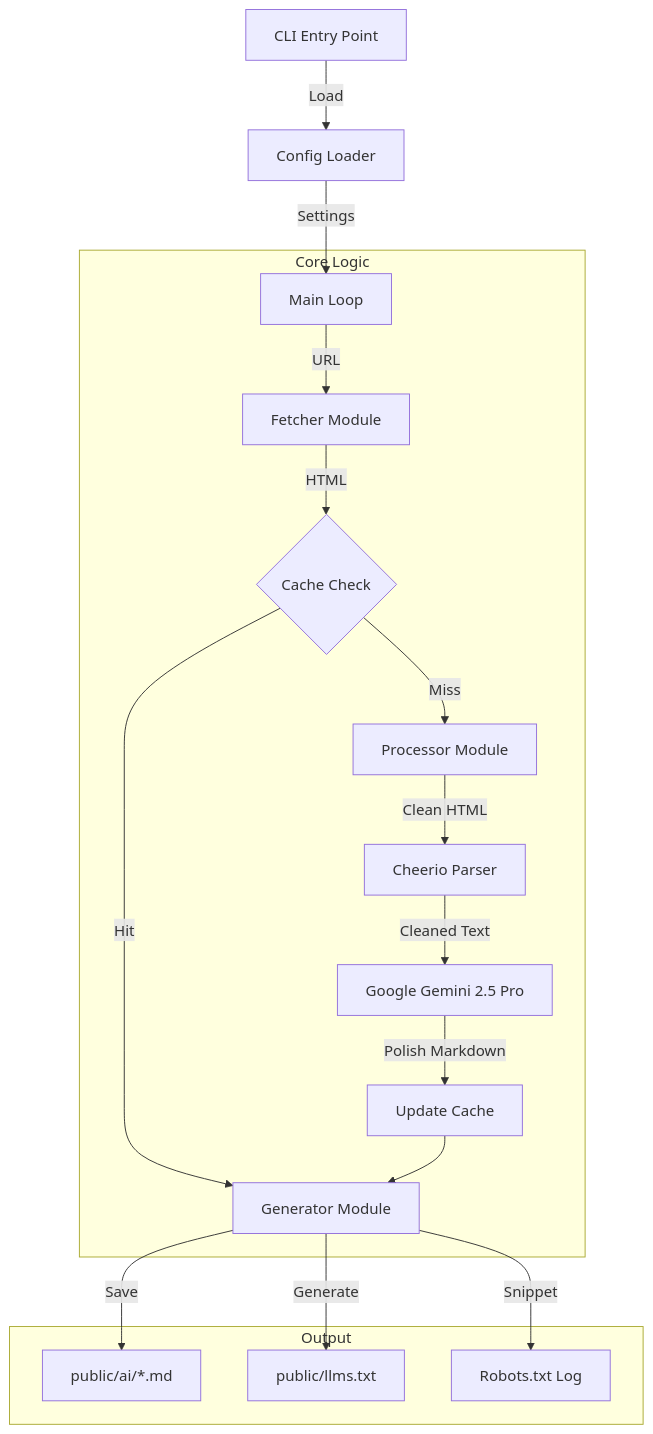
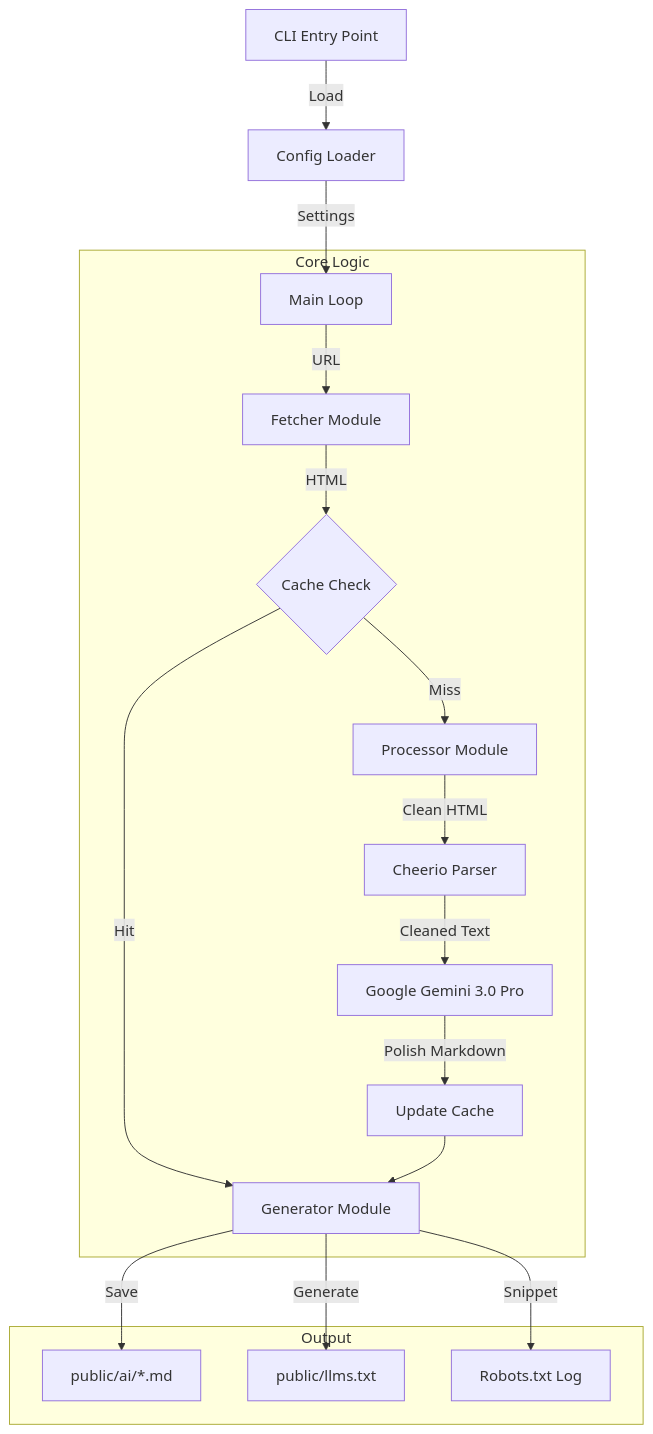
The diagram in README.md (e-vicius/ai-agent-friendly-sdk), drawn with Mermaid before and after one commit. The commit also changed other lines of this file, not shown here.

Commit message:
Upgrade: Default to Gemini 3.0 Pro & JSR Configuration

````diff
--- a/README.md
+++ b/README.md
@@ -79,24 +79,24 @@
 ```mermaid
 graph TD
     CLI[CLI Entry Point] -->|Load| Config[Config Loader]
     Config -->|Settings| Main[Main Loop]
     
     subgraph Core Logic
         Main -->|URL| Fetcher[Fetcher Module]
         Fetcher -->|HTML| Cache{Cache Check}
         
         Cache -->|Hit| Generator[Generator Module]
         Cache -->|Miss| Processor[Processor Module]
         
         Processor -->|Clean HTML| Cheerio[Cheerio Parser]
-        Cheerio -->|Cleaned Text| Gemini[Google Gemini 2.5 Pro]
+        Cheerio -->|Cleaned Text| Gemini[Google Gemini 3.0 Pro]
         Gemini -->|Polish Markdown| CacheStore[Update Cache]
         CacheStore --> Generator
     end
     
     subgraph Output
         Generator -->|Save| MD[public/ai/*.md]
         Generator -->|Generate| LLMS[public/llms.txt]
         Generator -->|Snippet| Robots[Robots.txt Log]
     end
 ```
````
